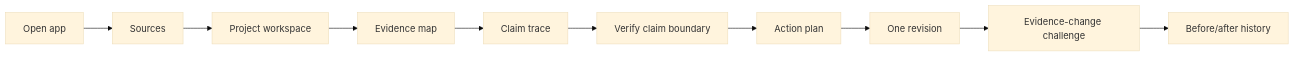
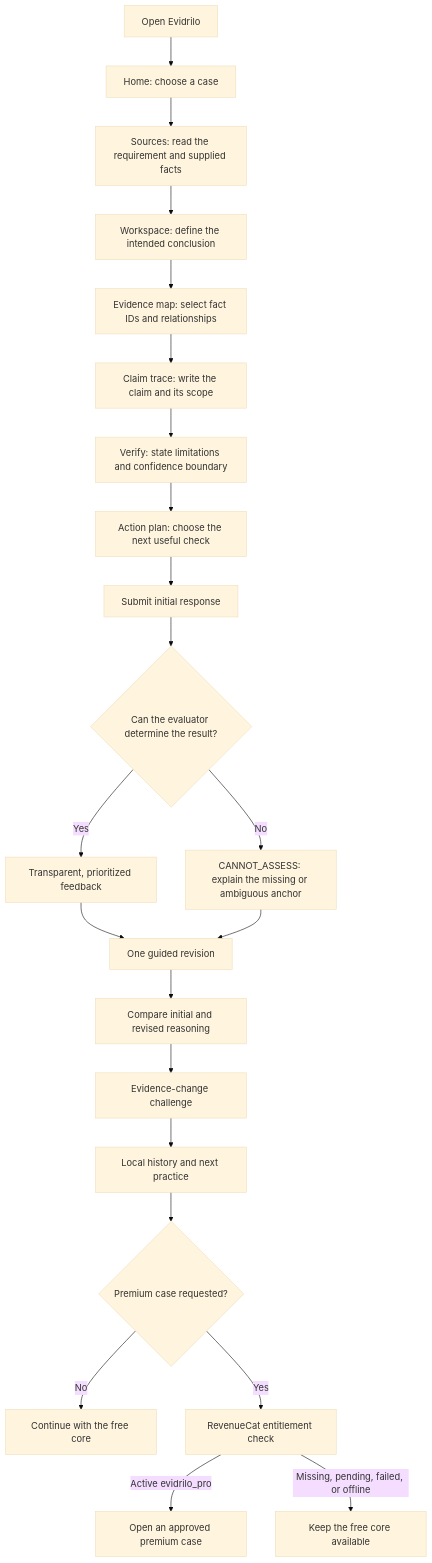
One commit to AndroLay/evidrilo changed the first of 8 diagrams in README.md. Above: the diagram before and after it, drawn with Mermaid (base theme). The commit also changed other lines of this file, not shown here.

Commit message:
docs: expand README architecture and workflows

````diff
--- a/README.md
+++ b/README.md
@@ -59,12 +112,24 @@
 ```mermaid
-flowchart LR
-    A[Open app] --> B[Sources]
-    B --> C[Project workspace]
-    C --> D[Evidence map]
-    D --> E[Claim trace]
-    E --> F[Verify claim boundary]
-    F --> G[Action plan]
-    G --> H[One revision]
-    H --> I[Evidence-change challenge]
-    I --> J[Before/after history]
+flowchart TD
+    A[Open Evidrilo] --> B[Home: choose a case]
+    B --> C[Sources: read the requirement and supplied facts]
+    C --> D[Workspace: define the intended conclusion]
+    D --> E[Evidence map: select fact IDs and relationships]
+    E --> F[Claim trace: write the claim and its scope]
+    F --> G[Verify: state limitations and confidence boundary]
+    G --> H[Action plan: choose the next useful check]
+    H --> I[Submit initial response]
+    I --> J{Can the evaluator determine the result?}
+    J -->|Yes| K[Transparent, prioritized feedback]
+    J -->|No| L[CANNOT_ASSESS: explain the missing or ambiguous anchor]
+    K --> M[One guided revision]
+    L --> M
+    M --> N[Compare initial and revised reasoning]
+    N --> O[Evidence-change challenge]
+    O --> P[Local history and next practice]
+    P --> Q{Premium case requested?}
+    Q -->|No| R[Continue with the free core]
+    Q -->|Yes| S[RevenueCat entitlement check]
+    S -->|Active evidrilo_pro| T[Open an approved premium case]
+    S -->|Missing, pending, failed, or offline| U[Keep the free core available]
 ```
````
